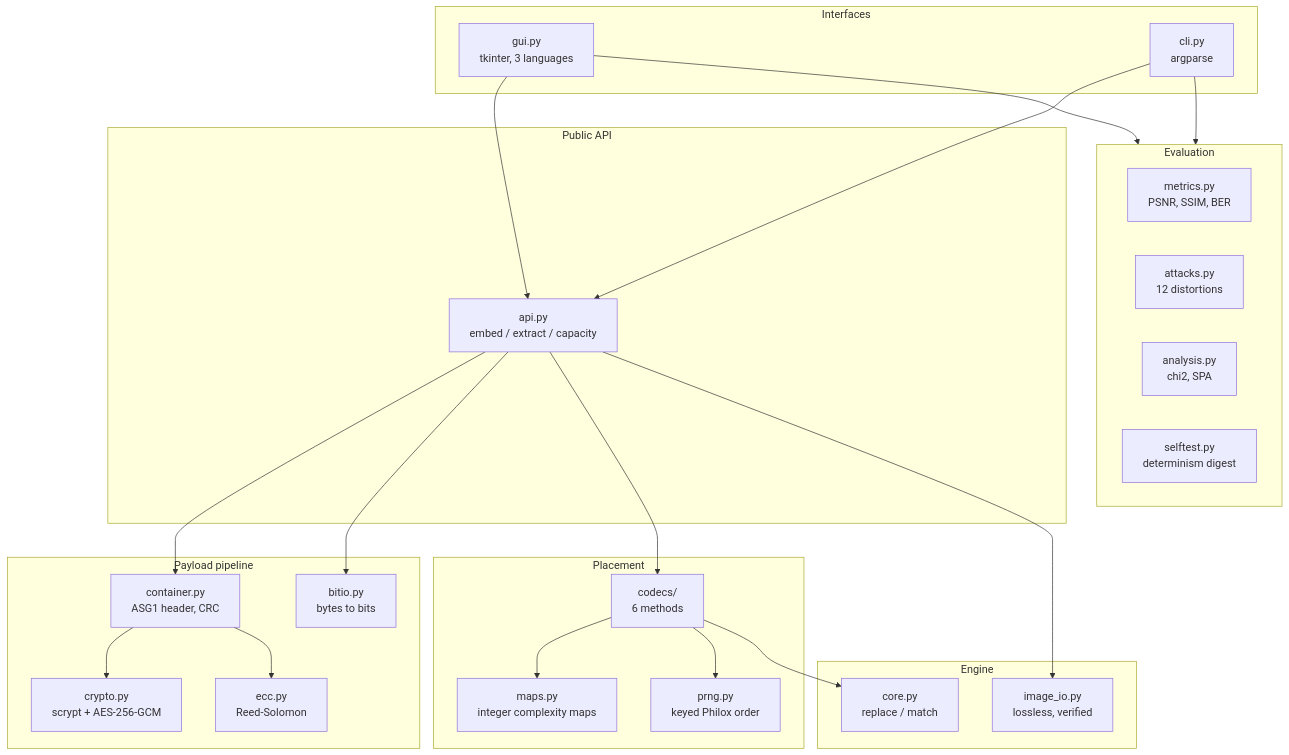
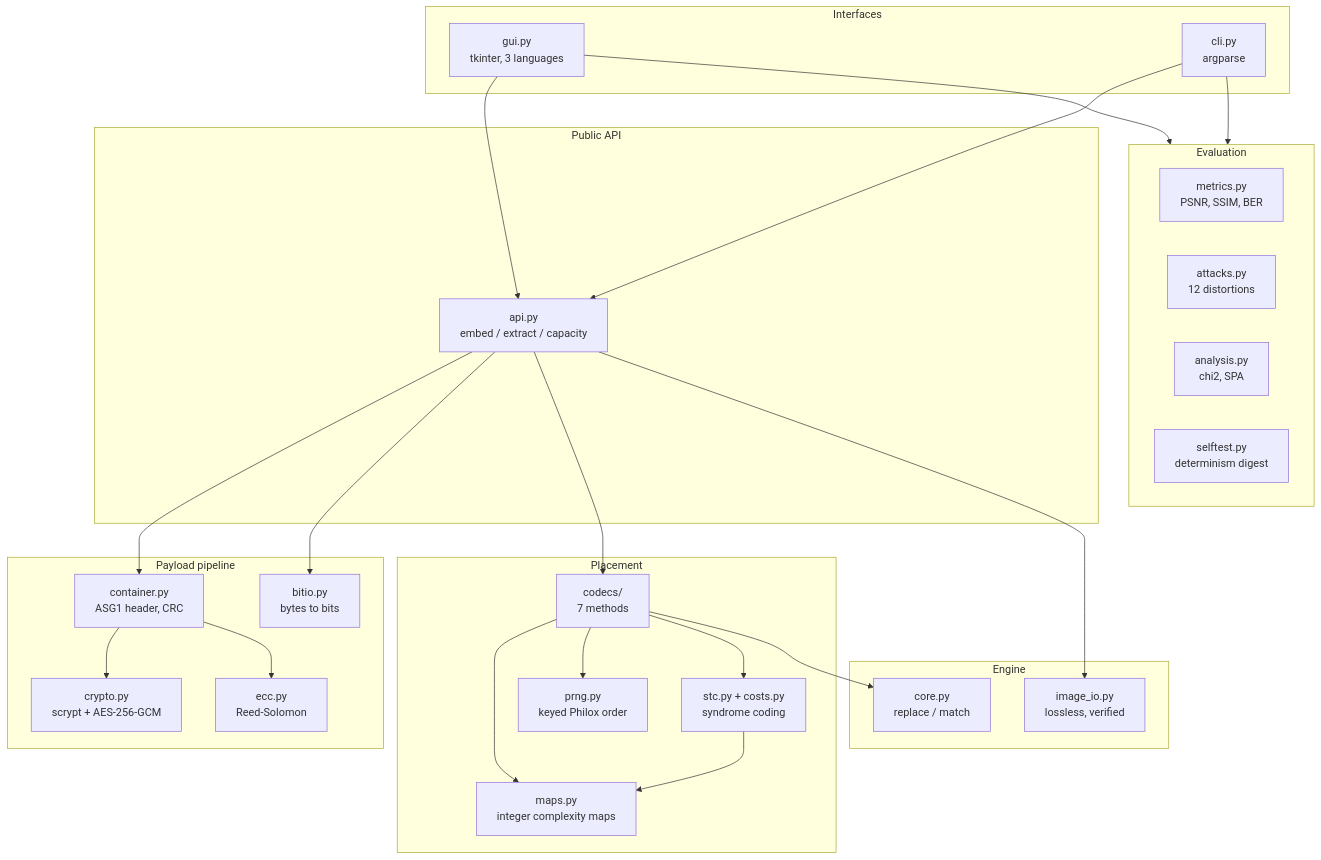
Before and after one commit to RE22GDV/AdaptiveStego: the first of 3 diagrams in docs/architecture.md, drawn with Mermaid. The commit also changed other lines of this file and 29 other files, not shown here.

````diff
--- a/docs/architecture.md
+++ b/docs/architecture.md
@@ -5,50 +5,53 @@
 ```mermaid
 flowchart TB
     subgraph ui["Interfaces"]
         GUI["gui.py<br/>tkinter, 3 languages"]
         CLI["cli.py<br/>argparse"]
     end
 
     subgraph api_layer["Public API"]
         API["api.py<br/>embed / extract / capacity"]
     end
 
     subgraph payload["Payload pipeline"]
         CONT["container.py<br/>ASG1 header, CRC"]
         CRYPTO["crypto.py<br/>scrypt + AES-256-GCM"]
         ECC["ecc.py<br/>Reed-Solomon"]
         BITIO["bitio.py<br/>bytes to bits"]
     end
 
     subgraph placement["Placement"]
-        CODECS["codecs/<br/>6 methods"]
+        CODECS["codecs/<br/>7 methods"]
         MAPS["maps.py<br/>integer complexity maps"]
         PRNG["prng.py<br/>keyed Philox order"]
+        STC["stc.py + costs.py<br/>syndrome coding"]
     end
 
     subgraph engine["Engine"]
         CORE["core.py<br/>replace / match"]
         IO["image_io.py<br/>lossless, verified"]
     end
 
     subgraph eval["Evaluation"]
         METRICS["metrics.py<br/>PSNR, SSIM, BER"]
         ATTACKS["attacks.py<br/>12 distortions"]
         ANALYSIS["analysis.py<br/>chi2, SPA"]
         SELFTEST["selftest.py<br/>determinism digest"]
     end
 
     GUI --> API
     CLI --> API
     GUI --> eval
     CLI --> eval
     API --> CONT
     API --> BITIO
     API --> CODECS
     API --> IO
     CONT --> CRYPTO
     CONT --> ECC
     CODECS --> MAPS
     CODECS --> PRNG
+    CODECS --> STC
+    STC --> MAPS
     CODECS --> CORE
 ```
````
